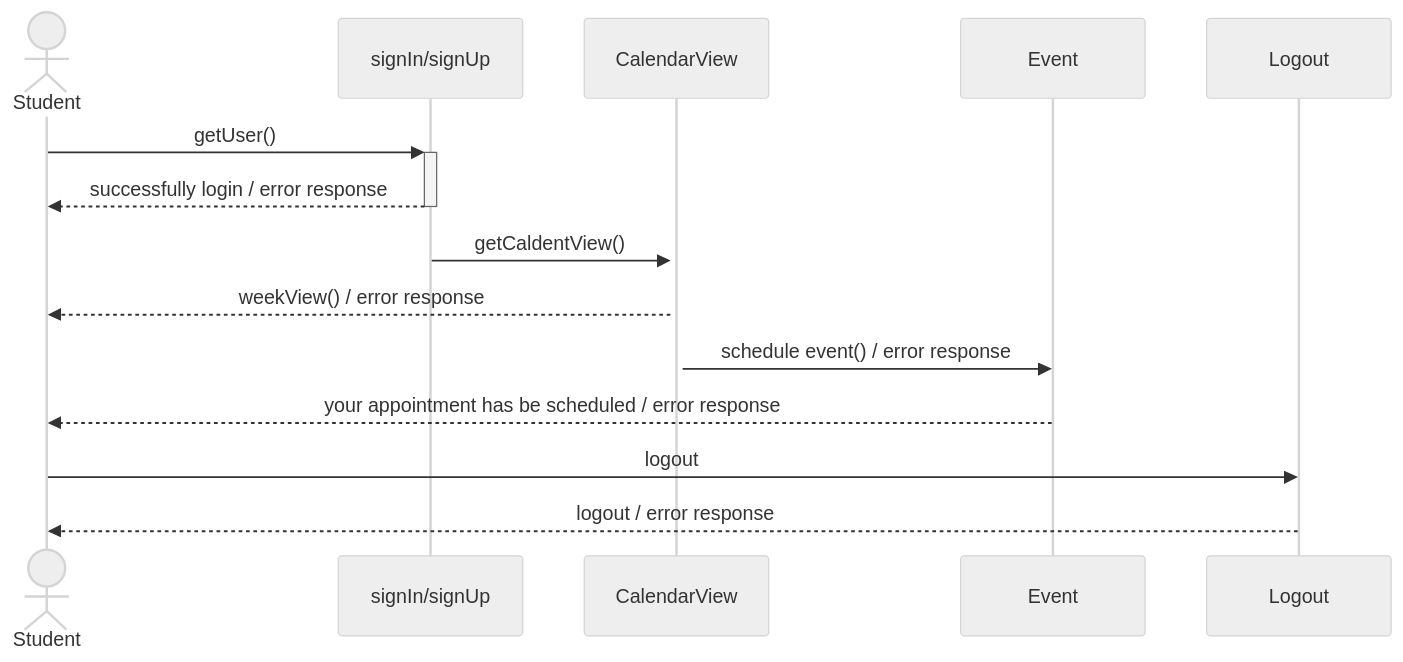
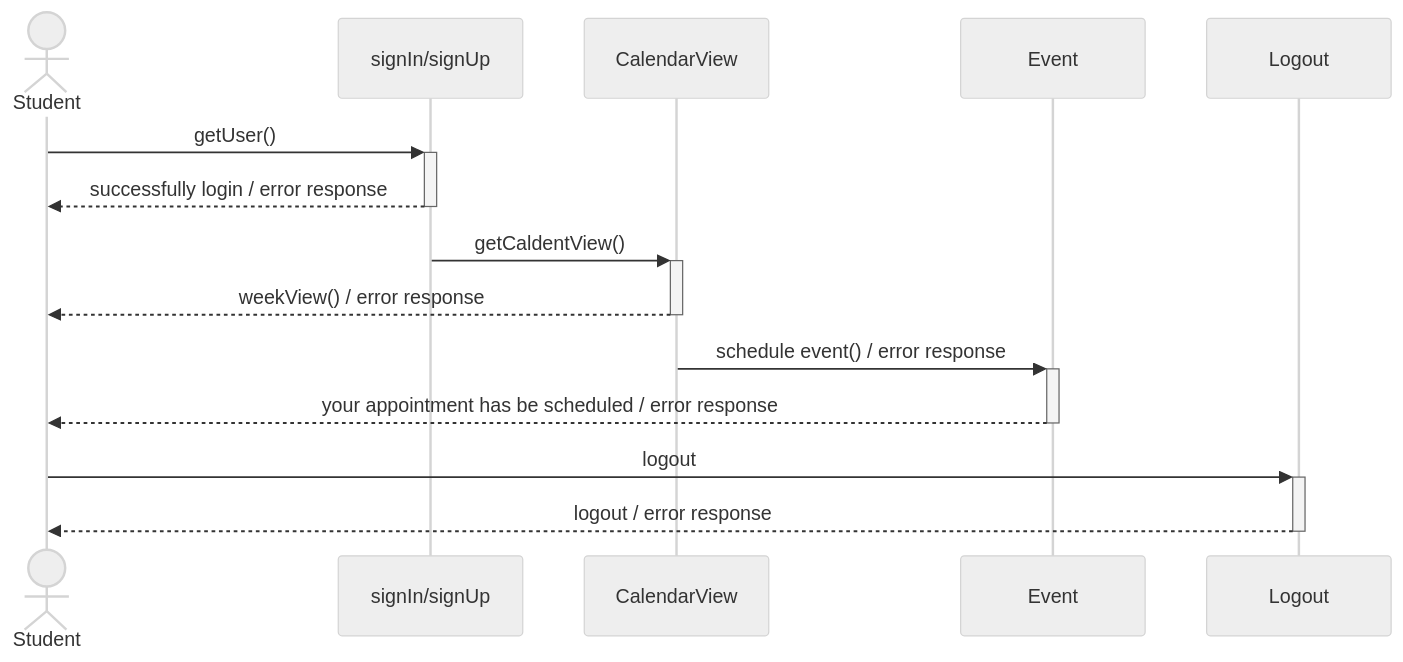
One commit to dinaolmelak/Scholars-Academy-Overview changed the fourth of 4 diagrams in README.md. Above: the diagram before and after it, drawn with Mermaid (neutral theme). The commit also changed other lines of this file, not shown here.

Commit message:
added logout and login for mentor and admin diagram

````diff
--- a/README.md
+++ b/README.md
@@ -106,12 +114,12 @@
 ```mermaid 
 sequenceDiagram
     actor Student
     Student->>+signIn/signUp: getUser() 
     signIn/signUp-->>-Student: successfully login / error response
     signIn/signUp->>+CalendarView: getCaldentView() 
-    CalendarView-->>Student: weekView() / error response 
-    CalendarView->>Event: schedule event() / error response 
-    Event-->>Student: your appointment has be scheduled / error response 
-    Student->>Logout: logout 
-    Logout-->>Student: logout / error response 
+    CalendarView-->>-Student: weekView() / error response 
+    CalendarView->>+Event: schedule event() / error response 
+    Event-->>-Student: your appointment has be scheduled / error response 
+    Student->>+Logout: logout 
+    Logout-->>-Student: logout / error response 
 ```
````
